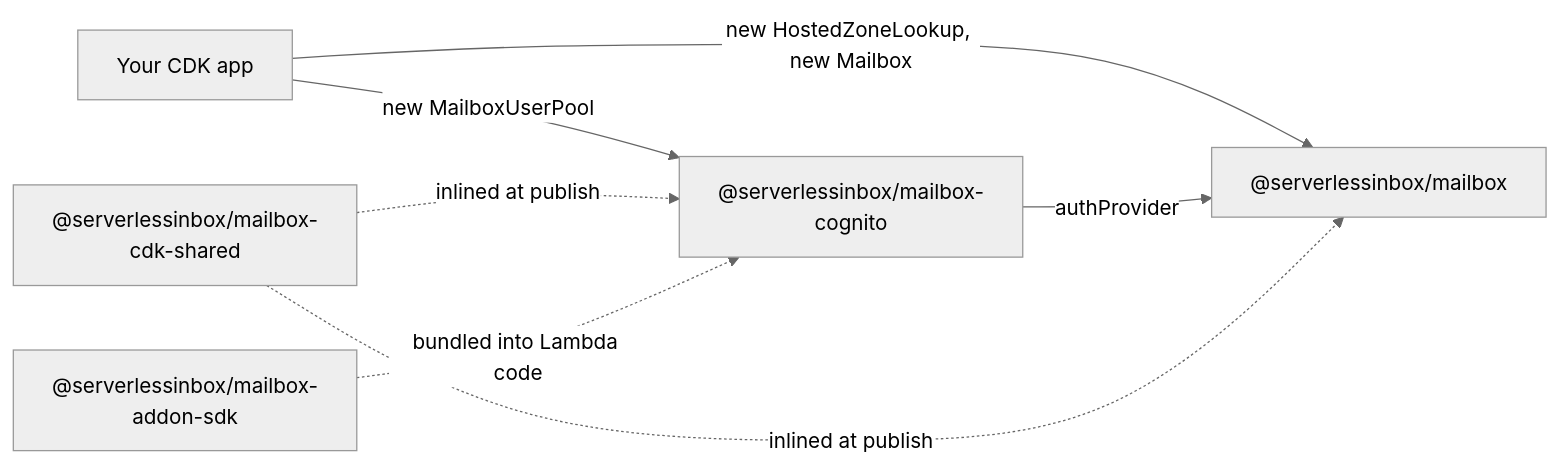
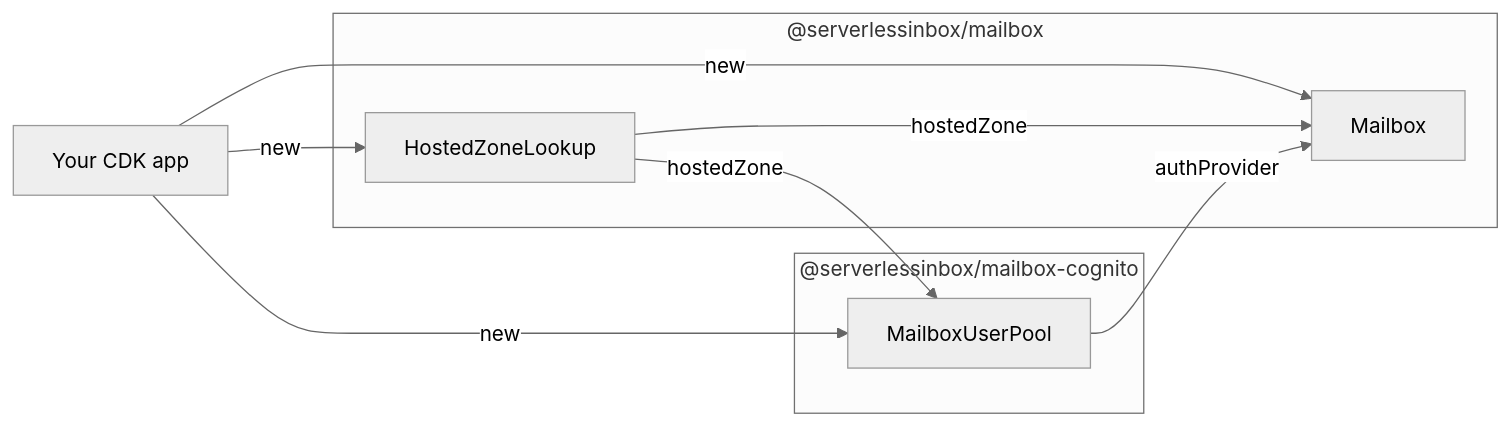
One commit to serverlessinbox/mailbox-cdk changed the diagram in README.md. Above: the diagram before and after it, drawn with Mermaid (neutral theme). The commit also changed other lines of this file and 3 other files, not shown here.

````diff
--- a/README.md
+++ b/README.md
@@ -61,9 +59,16 @@
 ```mermaid
 flowchart LR
-  app["Your CDK app"] -->|new HostedZoneLookup, new Mailbox| mailbox["@serverlessinbox/mailbox"]
-  app -->|new MailboxUserPool| cognito["@serverlessinbox/mailbox-cognito"]
-  cognito -->|authProvider| mailbox
-  shared["@serverlessinbox/mailbox-cdk-shared"] -. inlined at publish .-> mailbox
-  shared -. inlined at publish .-> cognito
-  adminapi["@serverlessinbox/mailbox-addon-sdk"] -. bundled into Lambda code .-> cognito
+  app["Your CDK app"] -->|new| zone["HostedZoneLookup"]
+  app -->|new| mailbox["Mailbox"]
+  app -->|new| pool["MailboxUserPool"]
+  zone -->|hostedZone| mailbox
+  zone -->|hostedZone| pool
+  pool -->|authProvider| mailbox
+  subgraph pkgM["@serverlessinbox/mailbox"]
+    zone
+    mailbox
+  end
+  subgraph pkgC["@serverlessinbox/mailbox-cognito"]
+    pool
+  end
 ```
````
